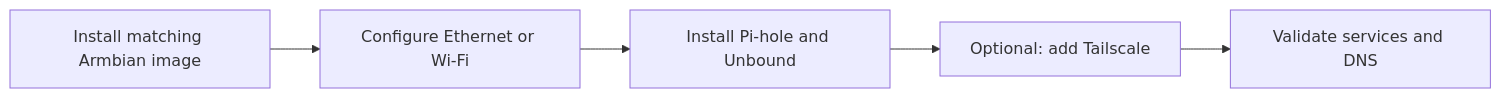
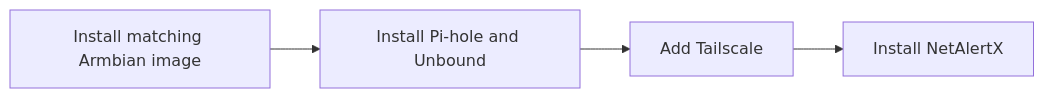
The second of 2 diagrams in README.md (CocoHusky/bobcat300-dns), drawn with Mermaid before and after one commit. The commit also changed other lines of this file and 2 other files, not shown here.

````diff
--- a/README.md
+++ b/README.md
@@ -73,7 +72,6 @@
 ```mermaid
 flowchart LR
-    flash[Install matching Armbian image] --> network[Configure Ethernet or Wi-Fi]
-    network --> dns[Install Pi-hole and Unbound]
-    dns --> ts[Optional: add Tailscale]
-    ts --> validate[Validate services and DNS]
+    flash[Install matching Armbian image] --> dns[Install Pi-hole and Unbound]
+    dns --> ts[Add Tailscale]
+    ts --> monitor[Install NetAlertX]
 ```
````
